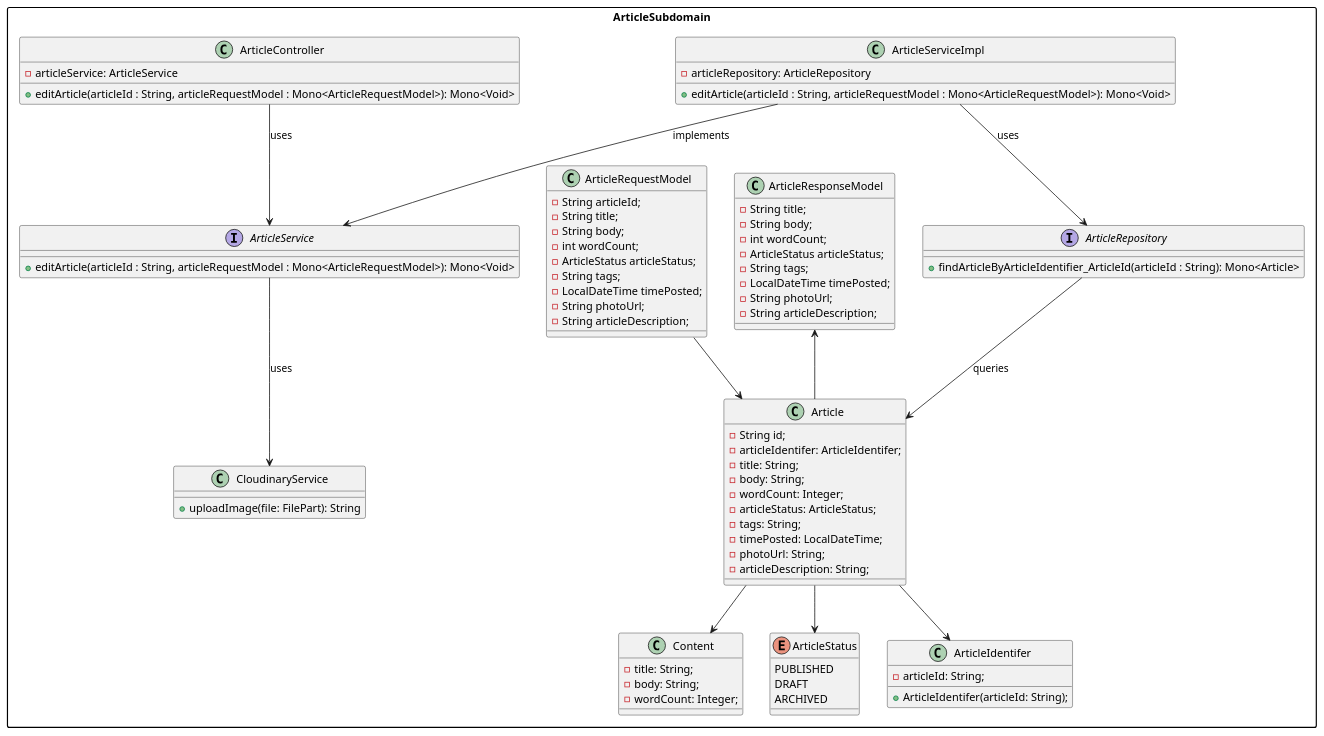
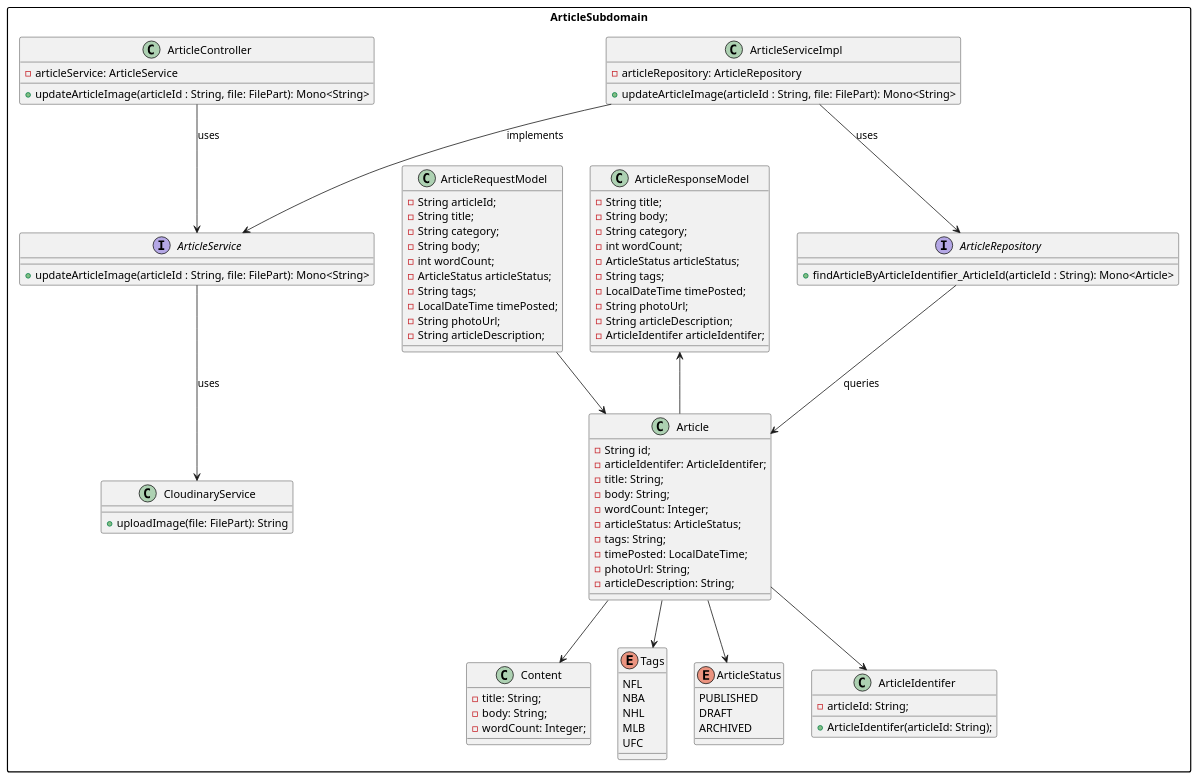
The diagram in Diagrams/Sprints/Sprint3-Diagrams/DLCD/DLCDUpdateArticleImage.puml (Valthefirst/league_alerts-ChamplainECP), drawn with PlantUML before and after one commit. The commit also changed 5 other files, not shown here.

Commit message:
Modified diagrams and uncommented methods for image uploading

```diff
--- a/Diagrams/Sprints/Sprint3-Diagrams/DLCD/DLCDUpdateArticleImage.puml
+++ b/Diagrams/Sprints/Sprint3-Diagrams/DLCD/DLCDUpdateArticleImage.puml
@@ -1,99 +1,108 @@
 @startuml editArticles
 skinparam packageStyle rectangle
 
 package "ArticleSubdomain" {
 
     class ArticleController {
         -articleService: ArticleService
-       + editArticle(articleId : String, articleRequestModel : Mono<ArticleRequestModel>): Mono<Void>
+       + updateArticleImage(articleId : String, file: FilePart): Mono<String>
     }
 
     class ArticleResponseModel {
         - String title;
         - String body;
+        - String category;
         - int wordCount;
         - ArticleStatus articleStatus;
         - String tags;
         - LocalDateTime timePosted;
         - String photoUrl;
         - String articleDescription;
+        - ArticleIdentifer articleIdentifer;
     }
 
     class ArticleRequestModel {
         - String articleId;
         - String title;
+        - String category;
         - String body;
         - int wordCount;
         - ArticleStatus articleStatus;
         - String tags;
         - LocalDateTime timePosted;
         - String photoUrl;
         - String articleDescription;
     }
 
     interface ArticleService {
-         + editArticle(articleId : String, articleRequestModel : Mono<ArticleRequestModel>): Mono<Void>
+         + updateArticleImage(articleId : String, file: FilePart): Mono<String>
     }
 
     class ArticleServiceImpl {
         - articleRepository: ArticleRepository
-        + editArticle(articleId : String, articleRequestModel : Mono<ArticleRequestModel>): Mono<Void>
+        + updateArticleImage(articleId : String, file: FilePart): Mono<String>
     }
 
     interface ArticleRepository {
         + findArticleByArticleIdentifier_ArticleId(articleId : String): Mono<Article>
     }
 
     class Article {
         - String id;
         - articleIdentifer: ArticleIdentifer;
         - title: String;
         - body: String;
         - wordCount: Integer;
         - articleStatus: ArticleStatus;
         - tags: String;
         - timePosted: LocalDateTime;
         - photoUrl: String;
         - articleDescription: String;
     }
 
     class Content {
         - title: String;
         - body: String;
         - wordCount: Integer;
+    }
+
+    enum Tags {
+        NFL
+        NBA
+        NHL
+        MLB
+        UFC
     }
 
     enum ArticleStatus {
         PUBLISHED
         DRAFT
         ARCHIVED
     }
 
     class ArticleIdentifer {
         - articleId: String;
         + ArticleIdentifer(articleId: String);
     }
 
 
   class CloudinaryService{
         + uploadImage(file: FilePart): String
         
     }
 
     ArticleService --> CloudinaryService : uses
     ArticleResponseModel <-- Article
     ArticleRequestModel --> Article
     ArticleController --> ArticleService : uses
     ArticleServiceImpl --> ArticleService : implements
     ArticleServiceImpl --> ArticleRepository : uses
     ArticleRepository --> Article : queries
     Article --> ArticleIdentifer
     Article --> Content
     Article --> ArticleStatus
+    Article --> Tags
+
 }
 
-
-  
-  
-
 @enduml
```
